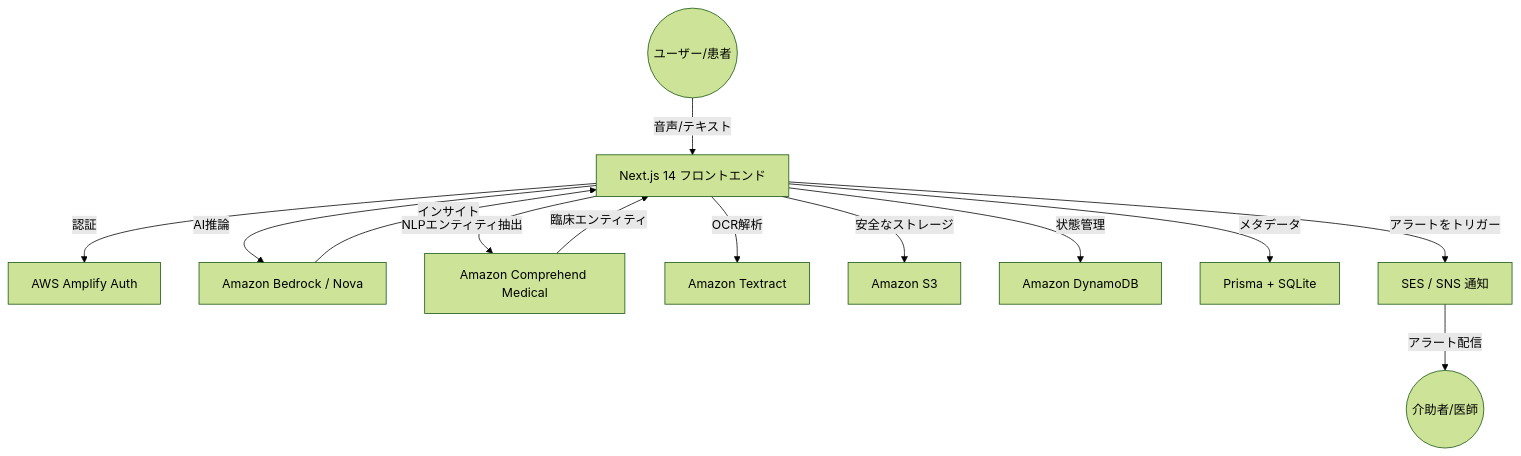
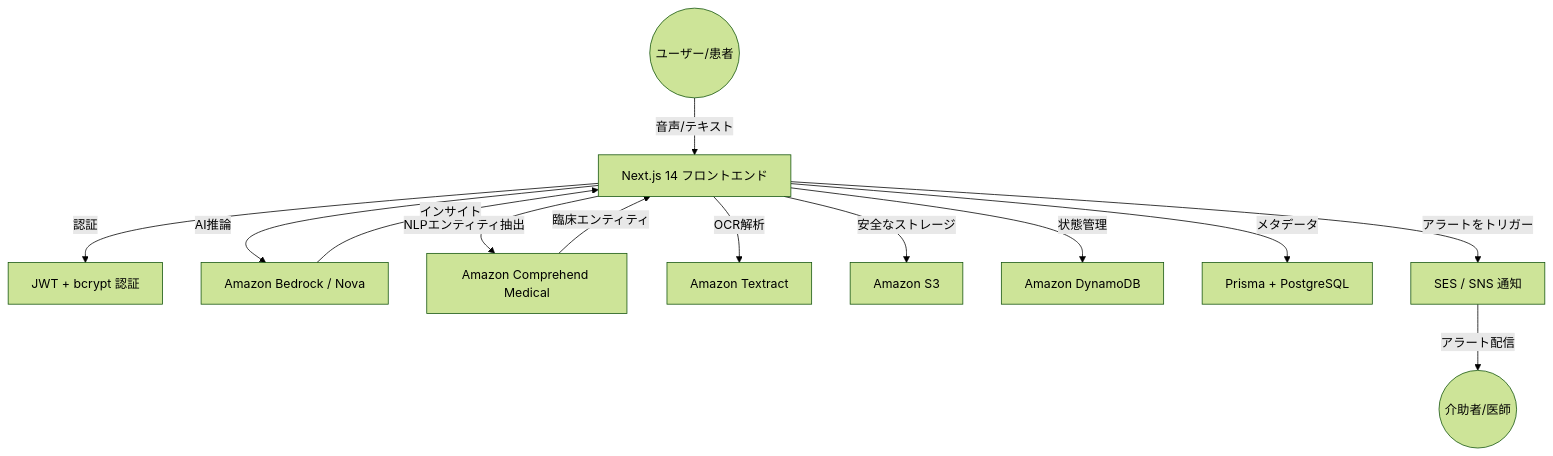
The diagram in README_JP.md (shafayatsaad/mimamori), drawn with Mermaid (forest theme) before and after one commit. The commit also changed other lines of this file, not shown here.

````diff
--- a/README_JP.md
+++ b/README_JP.md
@@ -126,15 +127,15 @@
 ```mermaid
 graph TD
     User((ユーザー/患者)) -->|音声/テキスト| NextJS[Next.js 14 フロントエンド]
-    NextJS -->|認証| Amplify[AWS Amplify Auth]
+    NextJS -->|認証| JWT[JWT + bcrypt 認証]
     NextJS -->|AI推論| Bedrock[Amazon Bedrock / Nova]
     NextJS -->|NLPエンティティ抽出| CompMed[Amazon Comprehend Medical]
     NextJS -->|OCR解析| Textract[Amazon Textract]
     NextJS -->|安全なストレージ| S3[Amazon S3]
     NextJS -->|状態管理| Dynamo[Amazon DynamoDB]
-    NextJS -->|メタデータ| SQLite[Prisma + SQLite]
+    NextJS -->|メタデータ| Postgres[Prisma + PostgreSQL]
     Bedrock -->|インサイト| NextJS
     CompMed -->|臨床エンティティ| NextJS
     NextJS -->|アラートをトリガー| SNS[SES / SNS 通知]
     SNS -->|アラート配信| Caregiver((介助者/医師))
 ```
````
